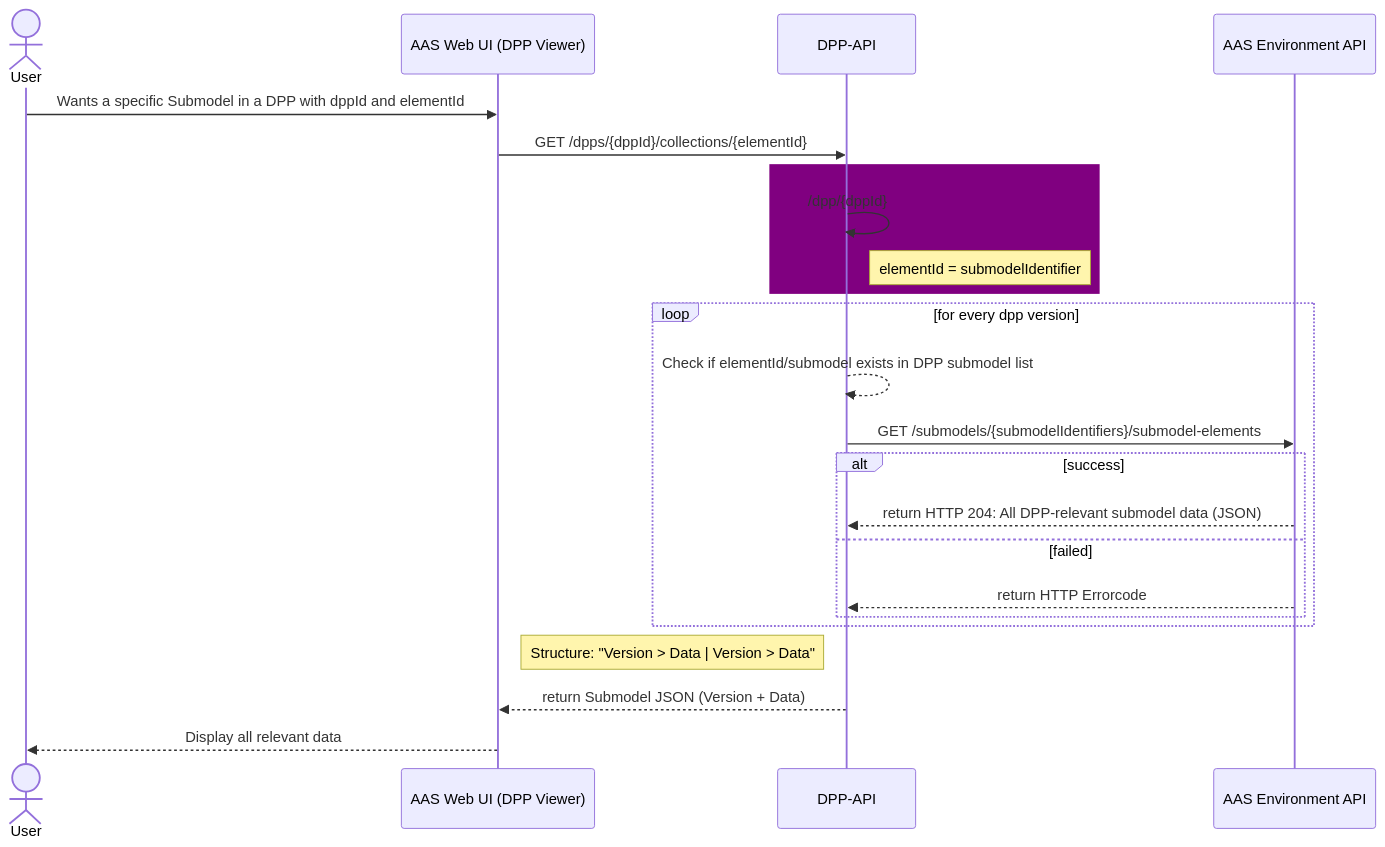
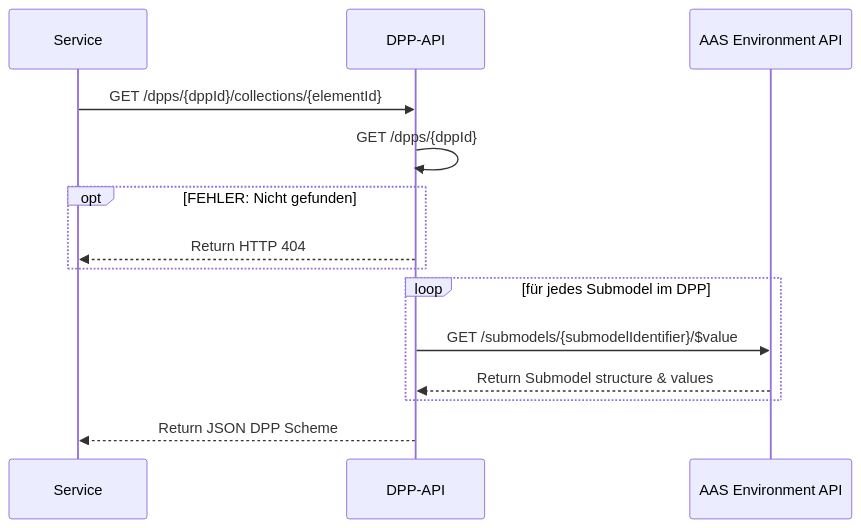
The eighth of 10 diagrams in PROJECT/SAS/mapping.md (DHBW-TINF24F/Team6-BaSyx-DPP-API), drawn with Mermaid before and after one commit. The commit also changed other lines of this file, not shown here.

Commit message:
Fine-Granular API mappings nearly done

````diff
--- a/PROJECT/SAS/mapping.md
+++ b/PROJECT/SAS/mapping.md
@@ -301,29 +301,21 @@
 ```mermaid
 sequenceDiagram
-  actor User
-  participant Web as AAS Web UI (DPP Viewer)
+  participant Web as Service
   participant API as DPP-API
   participant Env as AAS Environment API
 
-  User->>Web: Wants a specific Submodel in a DPP with dppId and elementId
   Web->>API: GET /dpps/{dppId}/collections/{elementId}
 
-  rect purple
-    API->>API: /dpp/{dppId}
-    Note right of API: elementId = submodelIdentifier
+  API->>API: GET /dpps/{dppId}
+
+  opt FEHLER: Nicht gefunden
+    API-->>Web: Return HTTP 404
   end
 
-  loop for every dpp version
-    API-->>API: Check if elementId/submodel exists in DPP submodel list
-    API->>Env: GET /submodels/{submodelIdentifiers}/submodel-elements
-    alt success
-      Env-->>API: return HTTP 204: All DPP-relevant submodel data (JSON)
-    else failed
-      Env-->>API: return HTTP Errorcode
-    end
+  loop für jedes Submodel im DPP
+    API->>Env: GET /submodels/{submodelIdentifier}/$value
+    Env-->>API: Return Submodel structure & values
   end
 
-  Note right of Web: Structure: "Version > Data | Version > Data"
-  API-->>Web: return Submodel JSON (Version + Data)
-  Web-->>User: Display all relevant data
+  API-->>Web: Return JSON DPP Scheme
 ```
````
